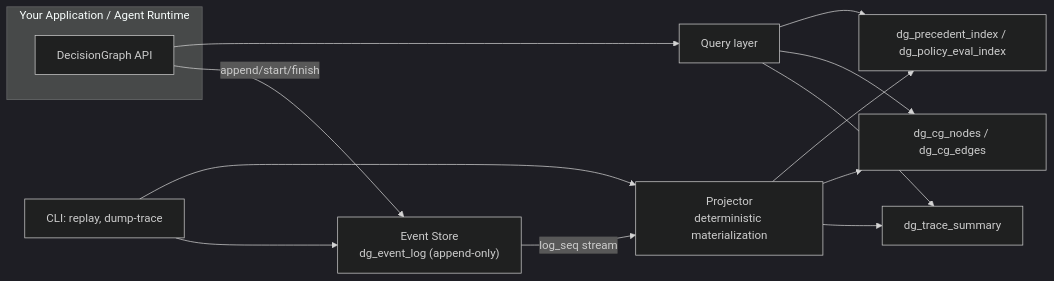
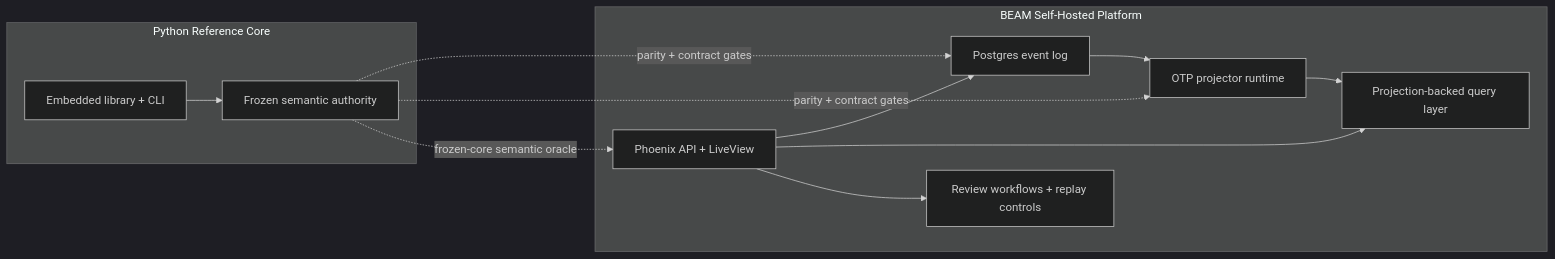
One commit to aliuyar1234/DecisionGraph changed the diagram in README.md. Above: the diagram before and after it, drawn with Mermaid (dark theme). The commit also changed other lines of this file, not shown here.

Commit message:
docs(readme): move architecture overview near the top
Bring the architecture section directly under the introduction, update it to reflect the final Python-versus-BEAM boundary, and remove the older lower duplicate so readers can understand the system without scrolling deep into the README.

````diff
--- a/README.md
+++ b/README.md
@@ -163,21 +36,26 @@
 ```mermaid
 flowchart LR
-    subgraph APP["Your Application / Agent Runtime"]
-        API["DecisionGraph API"]
+    subgraph PY["Python Reference Core"]
+        PYLIB["Embedded library + CLI"]
+        PYSEM["Frozen semantic authority"]
+        PYLIB --> PYSEM
     end
 
-    API -->|append/start/finish| STORE["Event Store<br/>dg_event_log (append-only)"]
-    STORE -->|log_seq stream| PROJECTOR["Projector<br/>deterministic materialization"]
+    subgraph BEAM["BEAM Self-Hosted Platform"]
+        API["Phoenix API + LiveView"]
+        STORE["Postgres event log"]
+        PROJ["OTP projector runtime"]
+        QUERY["Projection-backed query layer"]
+        WF["Review workflows + replay controls"]
 
-    PROJECTOR --> TS["dg_trace_summary"]
-    PROJECTOR --> CG["dg_cg_nodes / dg_cg_edges"]
-    PROJECTOR --> PI["dg_precedent_index / dg_policy_eval_index"]
+        API --> STORE
+        STORE --> PROJ
+        PROJ --> QUERY
+        API --> QUERY
+        API --> WF
+    end
 
-    API --> QUERY["Query layer"]
-    QUERY --> TS
-    QUERY --> CG
-    QUERY --> PI
-
-    CLI["CLI: replay, dump-trace"] --> STORE
-    CLI --> PROJECTOR
+    PYSEM -. "parity + contract gates" .-> STORE
+    PYSEM -. "parity + contract gates" .-> PROJ
+    PYSEM -. "frozen-core semantic oracle" .-> API
 ```
````
